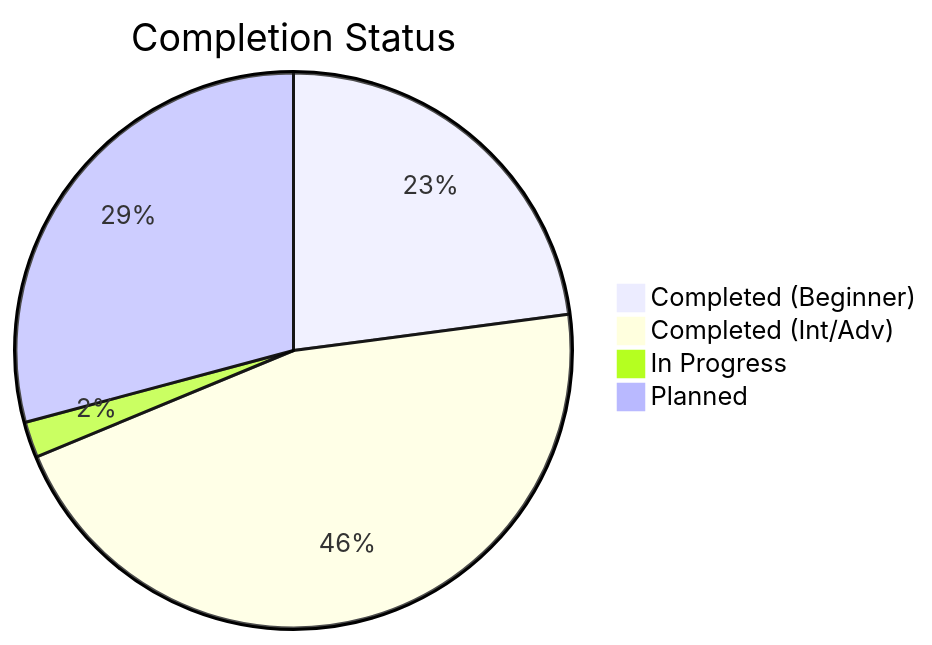
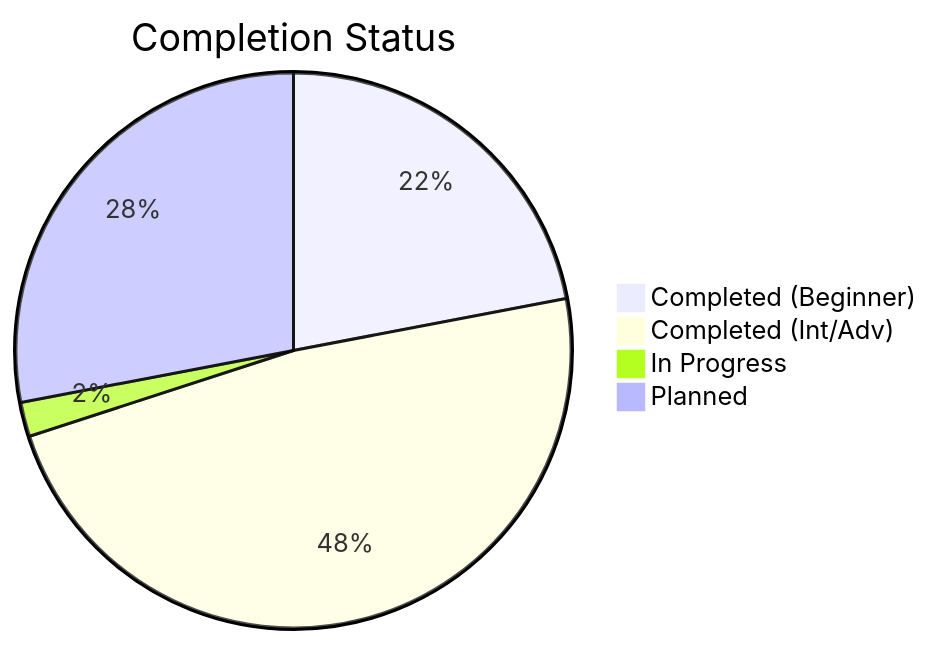
The third of 3 diagrams in 1-Beginner/02-Phase-2/01-Automation/AUTOMATION_MASTER_INDEX.md (Ganil151/Devops), drawn with Mermaid before and after one commit. The commit also changed other lines of this file and 4 other files, not shown here.

````diff
--- a/1-Beginner/02-Phase-2/01-Automation/AUTOMATION_MASTER_INDEX.md
+++ b/1-Beginner/02-Phase-2/01-Automation/AUTOMATION_MASTER_INDEX.md
@@ -905,7 +933,7 @@
 ```mermaid
 pie title Completion Status
     "Completed (Beginner)" : 11
-    "Completed (Int/Adv)" : 22
+    "Completed (Int/Adv)" : 24
     "In Progress" : 1
     "Planned" : 14
 ```
````
